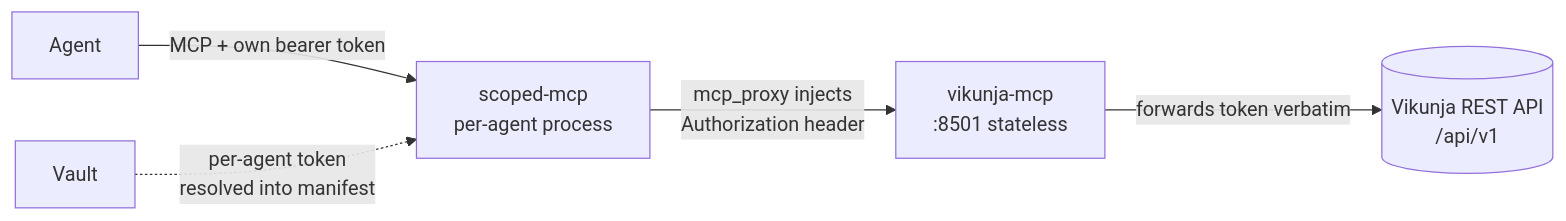
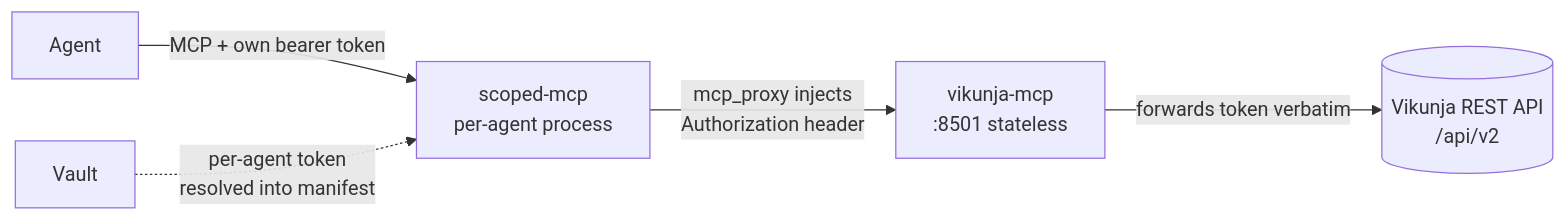
Before and after one commit to TadMSTR/vikunja-mcp: the diagram in README.md, drawn with Mermaid. The commit also changed other lines of this file and 24 other files, not shown here.

First line of the commit message:
Port to Vikunja REST API v2 (v0.9.0) (#17)

````diff
--- a/README.md
+++ b/README.md
@@ -26,7 +29,7 @@
 ```mermaid
 flowchart LR
     A[Agent] -->|MCP + own bearer token| S[scoped-mcp<br/>per-agent process]
     S -->|mcp_proxy injects<br/>Authorization header| V[vikunja-mcp<br/>:8501 stateless]
-    V -->|forwards token verbatim| K[(Vikunja REST API<br/>/api/v1)]
+    V -->|forwards token verbatim| K[(Vikunja REST API<br/>/api/v2)]
     W[Vault] -.->|per-agent token<br/>resolved into manifest| S
 ```
````
